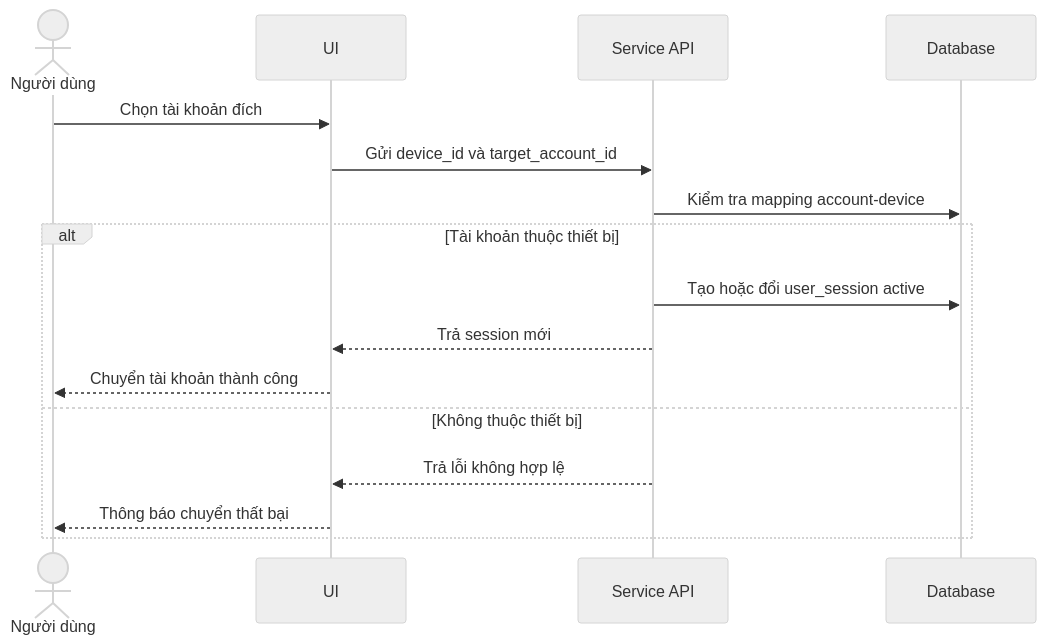
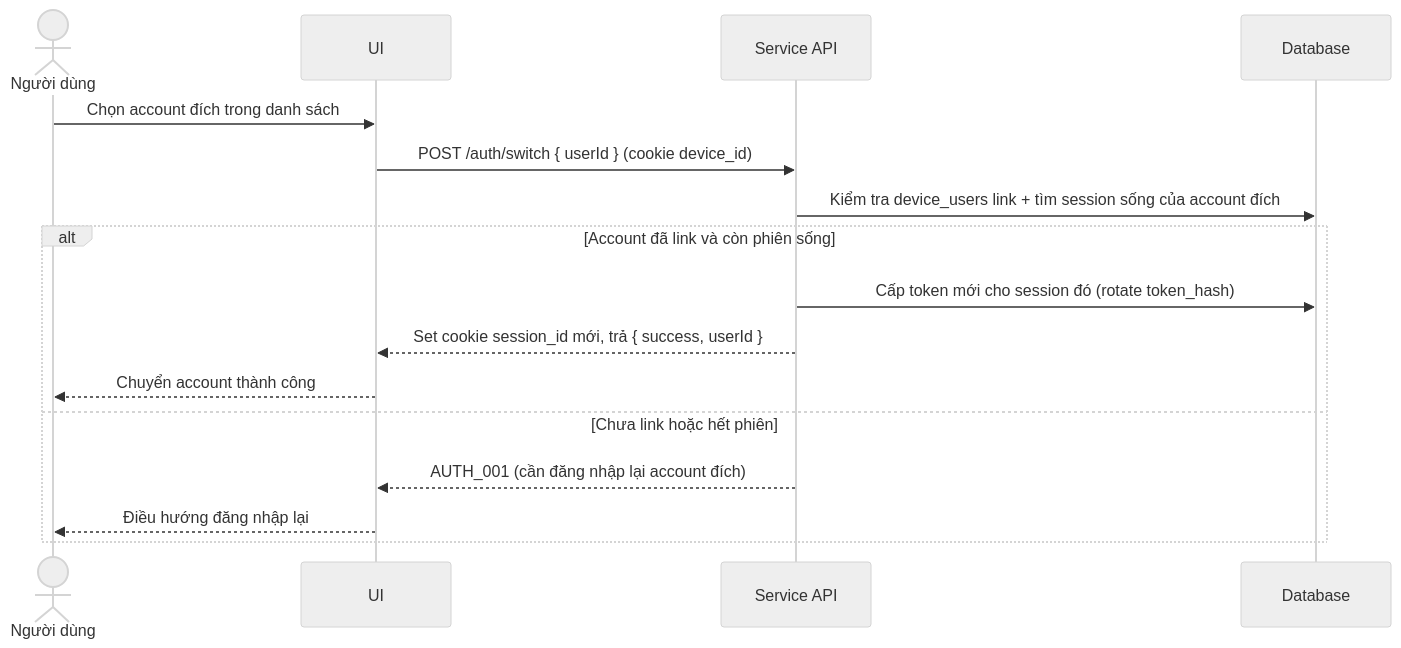
One commit to CVThien2k2/joytab changed the fourth of 7 diagrams in docs/thiet-ke-he-thong-20260522.md. Above: the diagram before and after it, drawn with Mermaid (neutral theme). The commit also changed other lines of this file and 14 other files, not shown here.

First line of the commit message:
Update security documentation, system architecture, and technology selection

````diff
--- a/docs/thiet-ke-he-thong-20260522.md
+++ b/docs/thiet-ke-he-thong-20260522.md
@@ -93,19 +96,19 @@
 ```mermaid
 sequenceDiagram
   actor ND as Người dùng
   participant UI
   participant API as Service API
   participant DB as Database
 
-  ND->>UI: Chọn tài khoản đích
-  UI->>API: Gửi device_id và target_account_id
-  API->>DB: Kiểm tra mapping account-device
-  alt Tài khoản thuộc thiết bị
-    API->>DB: Tạo hoặc đổi user_session active
-    API-->>UI: Trả session mới
-    UI-->>ND: Chuyển tài khoản thành công
-  else Không thuộc thiết bị
-    API-->>UI: Trả lỗi không hợp lệ
-    UI-->>ND: Thông báo chuyển thất bại
+  ND->>UI: Chọn account đích trong danh sách
+  UI->>API: POST /auth/switch { userId } (cookie device_id)
+  API->>DB: Kiểm tra device_users link + tìm session sống của account đích
+  alt Account đã link và còn phiên sống
+    API->>DB: Cấp token mới cho session đó (rotate token_hash)
+    API-->>UI: Set cookie session_id mới, trả { success, userId }
+    UI-->>ND: Chuyển account thành công
+  else Chưa link hoặc hết phiên
+    API-->>UI: AUTH_001 (cần đăng nhập lại account đích)
+    UI-->>ND: Điều hướng đăng nhập lại
   end
 ```
````
